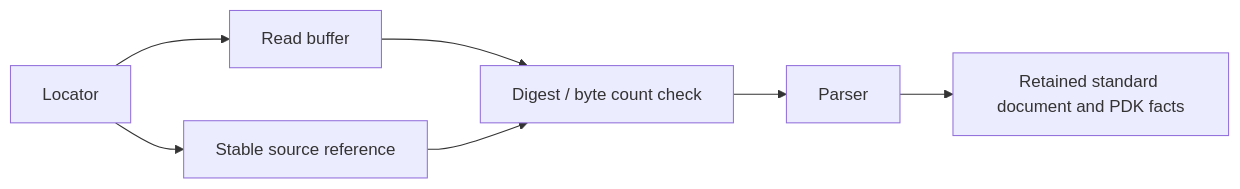
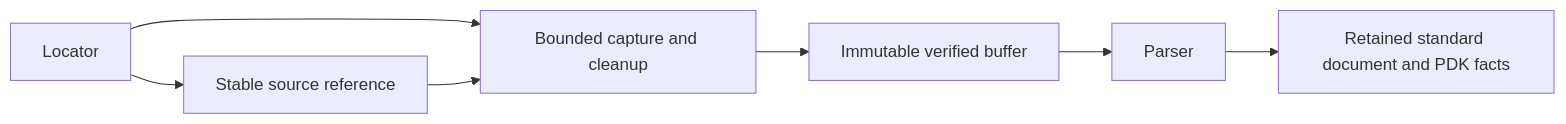
One commit to 1amageek/PDKKit changed the diagram in Sources/PDKStandardViews/StandardInspection/DESIGN.md. Above: the diagram before and after it, drawn with Mermaid. The commit also changed other lines of this file and 44 other files, not shown here.

Commit message:
Capture exact PDK source bytes before semantic inspection

````diff
--- a/Sources/PDKStandardViews/StandardInspection/DESIGN.md
+++ b/Sources/PDKStandardViews/StandardInspection/DESIGN.md
@@ -24,6 +25,7 @@
 ```mermaid
 flowchart LR
   Locator --> Reference[Stable source reference]
-  Locator --> Bytes[Read buffer] --> Digest[Digest / byte count check]
-  Reference --> Digest --> Parser --> IR[Retained standard document and PDK facts]
+  Locator --> Capture[Bounded capture and cleanup]
+  Reference --> Capture --> Bytes[Immutable verified buffer]
+  Bytes --> Parser --> IR[Retained standard document and PDK facts]
 ```
````
